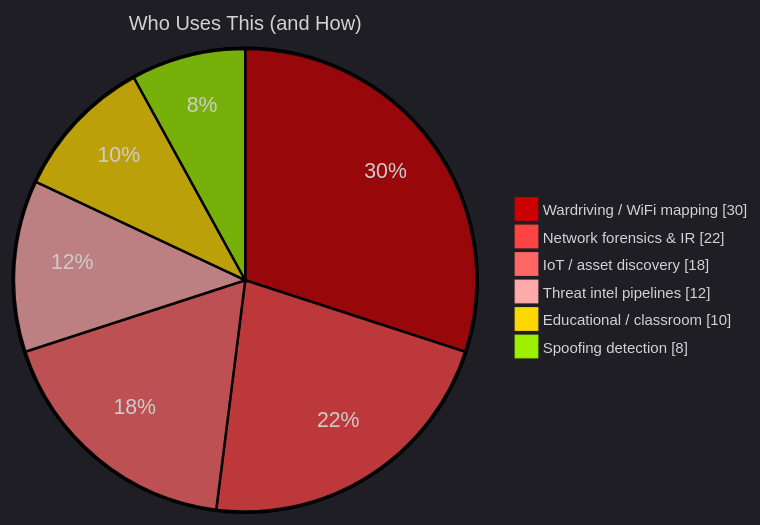
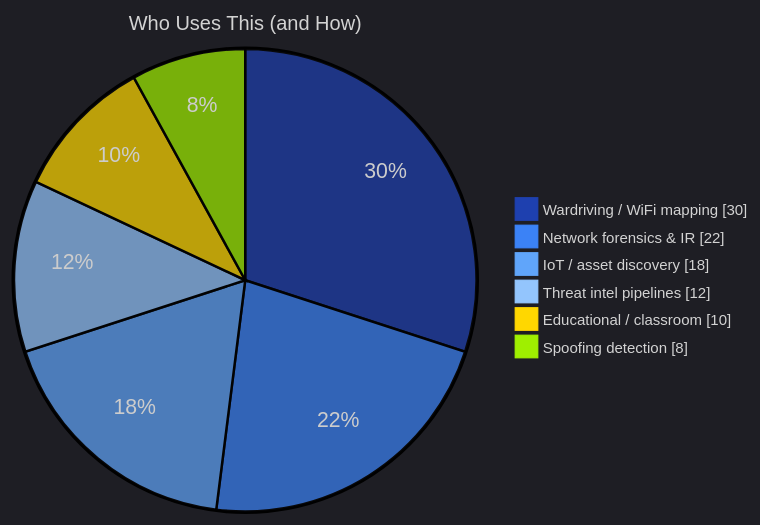
Before and after one commit to user7321347/OUI-Master-Database: the fifth of 5 diagrams in README.md, drawn with Mermaid. The commit also changed other lines of this file and 4 other files, not shown here.

````diff
--- a/README.md
+++ b/README.md
@@ -381,11 +401,11 @@
 ```mermaid
-%%{init: {'theme':'dark', 'themeVariables': {'pie1':'#CC0000','pie2':'#FF4444','pie3':'#FF6666','pie4':'#FFAAAA','pie5':'#FFD700','pie6':'#9FEF00','pieTitleTextSize':'16px','pieLegendTextSize':'12px'}}}%%
+%%{init: {'theme':'dark', 'themeVariables': {'pie1':'#1E40AF','pie2':'#3B82F6','pie3':'#60A5FA','pie4':'#93C5FD','pie5':'#FFD700','pie6':'#9FEF00','pieTitleTextSize':'16px','pieLegendTextSize':'12px'}}}%%
 pie showData
     title Who Uses This (and How)
     "Wardriving / WiFi mapping" : 30
     "Network forensics & IR" : 22
     "IoT / asset discovery" : 18
     "Threat intel pipelines" : 12
     "Educational / classroom" : 10
     "Spoofing detection" : 8
 ```
````
